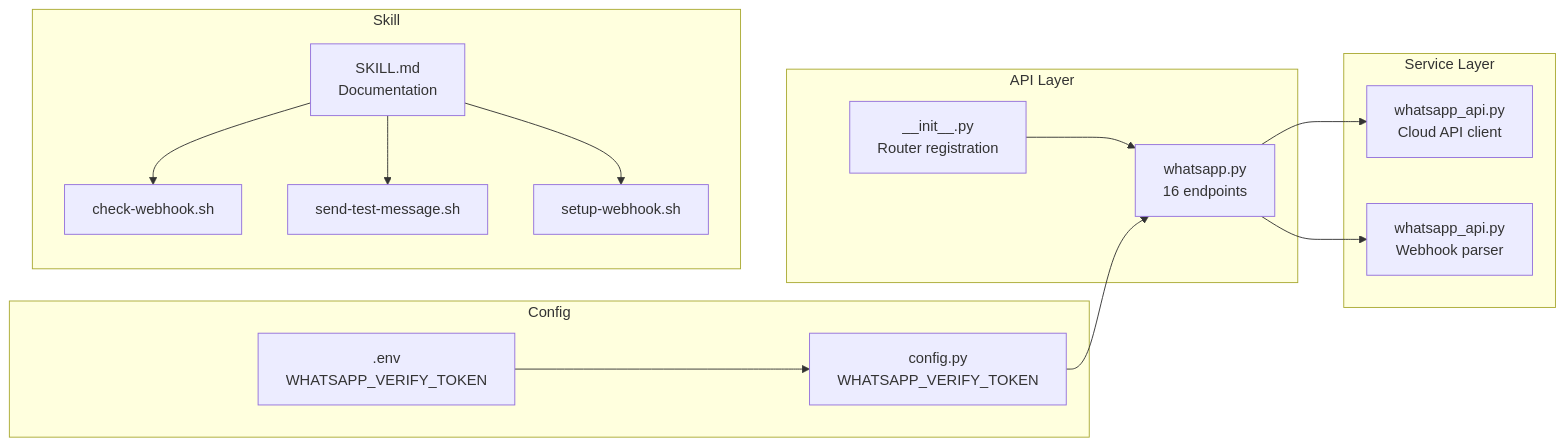
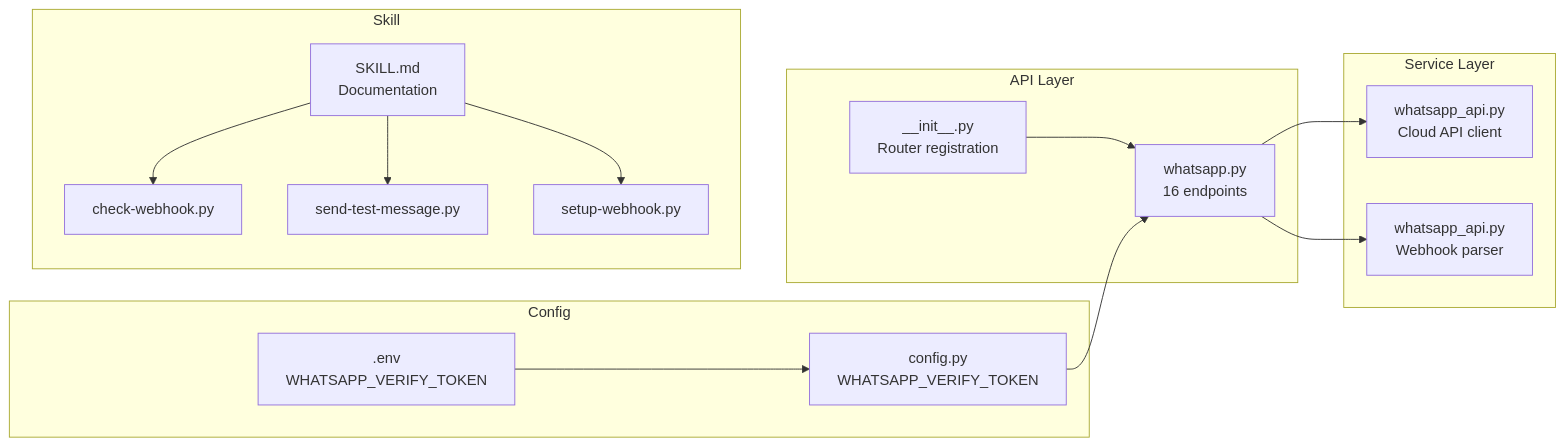
The fifth of 10 diagrams in .devin/skills/whatsapp-platform/ARCHITECTURE.md (Themis128/cu130-slim), drawn with Mermaid before and after one commit. The commit also changed 84 other files, not shown here.

First line of the commit message:
docs: update architecture + skill docs for Python sweep and lead funnel

````diff
--- a/.devin/skills/whatsapp-platform/ARCHITECTURE.md
+++ b/.devin/skills/whatsapp-platform/ARCHITECTURE.md
@@ -156,31 +156,31 @@
 ```mermaid
 graph LR
     subgraph "API Layer"
         INIT[__init__.py<br/>Router registration]
         WA[whatsapp.py<br/>16 endpoints]
     end
 
     subgraph "Service Layer"
         WAC[whatsapp_api.py<br/>Cloud API client]
         WAC2[whatsapp_api.py<br/>Webhook parser]
     end
 
     subgraph "Config"
         CFG[config.py<br/>WHATSAPP_VERIFY_TOKEN]
         ENV[.env<br/>WHATSAPP_VERIFY_TOKEN]
     end
 
     subgraph "Skill"
         SK[SKILL.md<br/>Documentation]
-        S1[check-webhook.sh]
-        S2[send-test-message.sh]
-        S3[setup-webhook.sh]
+        S1[check-webhook.py]
+        S2[send-test-message.py]
+        S3[setup-webhook.py]
     end
 
     INIT --> WA
     WA --> WAC
     WA --> WAC2
     CFG --> WA
     ENV --> CFG
     SK --> S1 & S2 & S3
 ```
````
